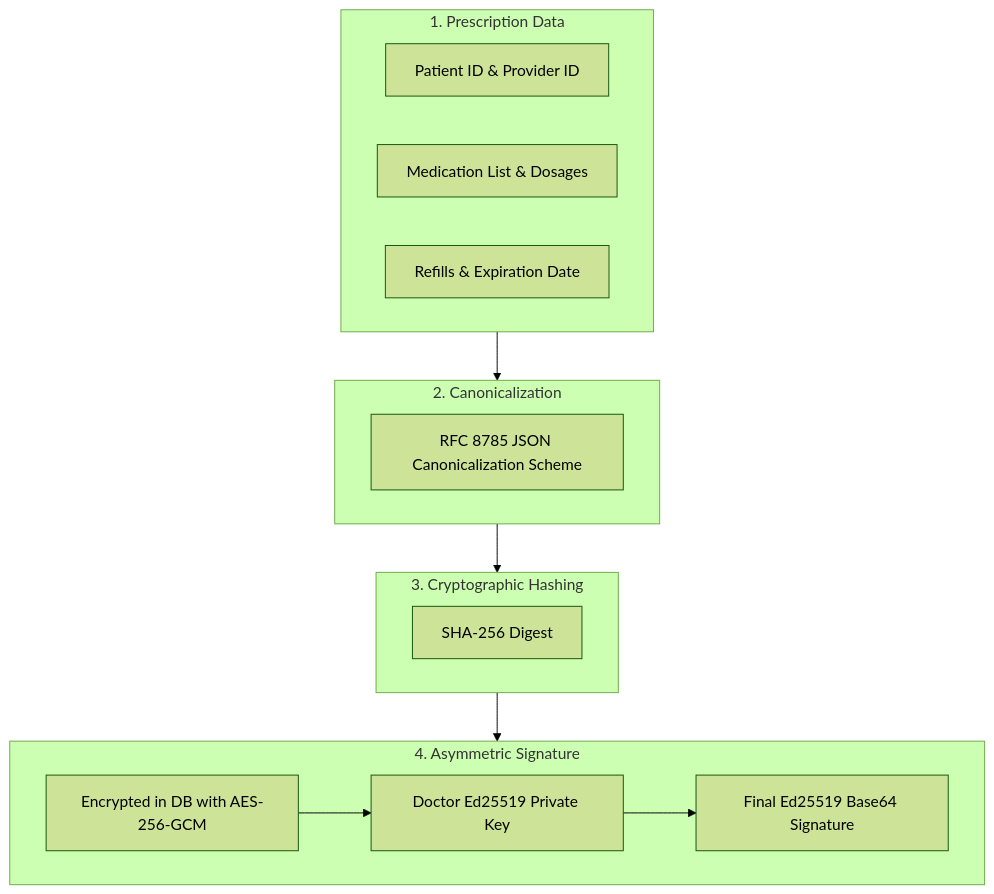
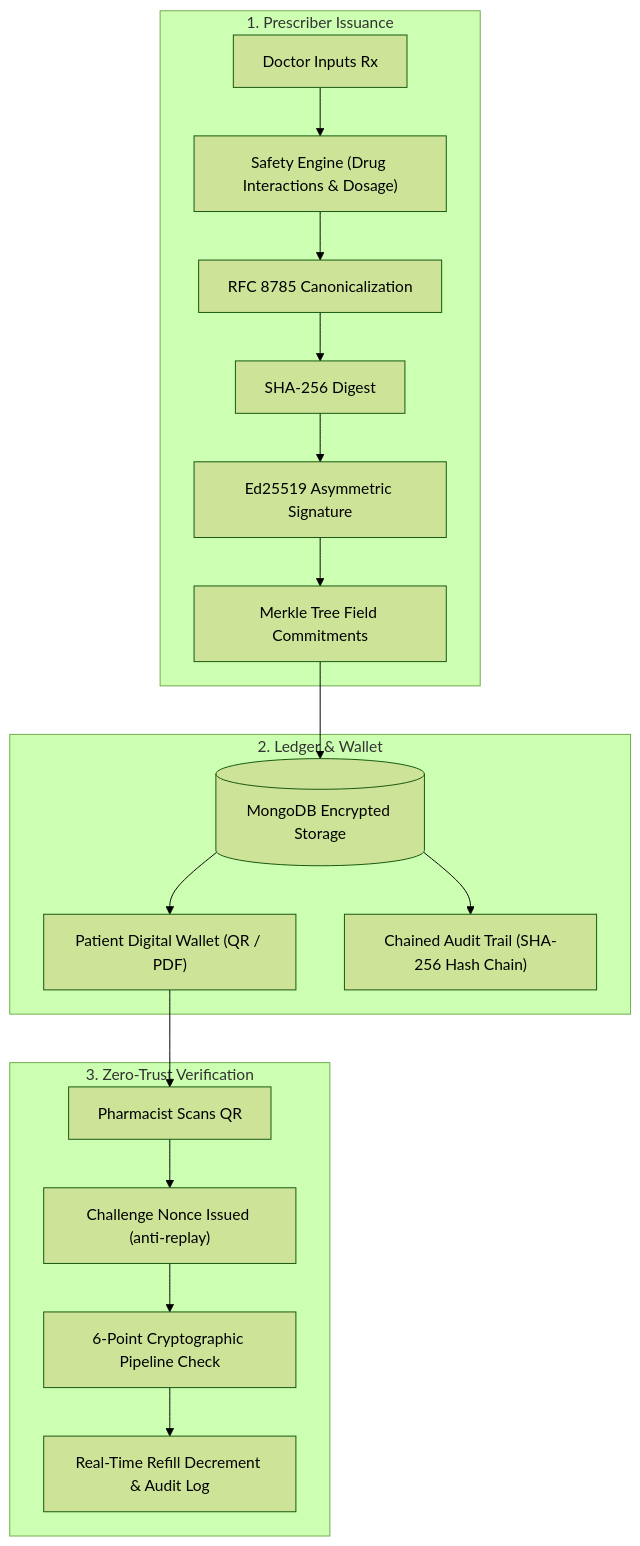
The diagram in README.md (dhruvmkolhe/medishare-beta), drawn with Mermaid (forest theme) before and after one commit. The commit also changed other lines of this file and 24 other files, not shown here.

Commit message:
feat(security): implement enterprise cryptographic hardening, STRIDE threat model, chained audit trail, and OWASP attack test suite

````diff
--- a/README.md
+++ b/README.md
@@ -227,28 +64,23 @@
 ```mermaid
 graph TD
-    subgraph Data ["1. Prescription Data"]
-        P1["Patient ID & Provider ID"]
-        P2["Medication List & Dosages"]
-        P3["Refills & Expiration Date"]
+    subgraph Issuance ["1. Prescriber Issuance"]
+        P1["Doctor Inputs Rx"] --> P2["Safety Engine (Drug Interactions & Dosage)"]
+        P2 --> P3["RFC 8785 Canonicalization"]
+        P3 --> P4["SHA-256 Digest"]
+        P4 --> P5["Ed25519 Asymmetric Signature"]
+        P5 --> P6["Merkle Tree Field Commitments"]
     end
 
-    subgraph Canonical ["2. Canonicalization"]
-        C1["RFC 8785 JSON Canonicalization Scheme"]
+    subgraph Storage ["2. Ledger & Wallet"]
+        P6 --> S1[("MongoDB Encrypted Storage")]
+        S1 --> S2["Patient Digital Wallet (QR / PDF)"]
+        S1 --> S3["Chained Audit Trail (SHA-256 Hash Chain)"]
     end
 
-    subgraph Hashing ["3. Cryptographic Hashing"]
-        H1["SHA-256 Digest"]
+    subgraph Verification ["3. Zero-Trust Verification"]
+        S2 --> V1["Pharmacist Scans QR"]
+        V1 --> V2["Challenge Nonce Issued (anti-replay)"]
+        V2 --> V3["6-Point Cryptographic Pipeline Check"]
+        V3 --> V4["Real-Time Refill Decrement & Audit Log"]
     end
-
-    subgraph Signing ["4. Asymmetric Signature"]
-        S1["Doctor Ed25519 Private Key"]
-        S2["Encrypted in DB with AES-256-GCM"]
-        Sig["Final Ed25519 Base64 Signature"]
-    end
-
-    Data --> Canonical
-    Canonical --> Hashing
-    Hashing --> Signing
-    S1 --> Sig
-    S2 --> S1
 ```
````
